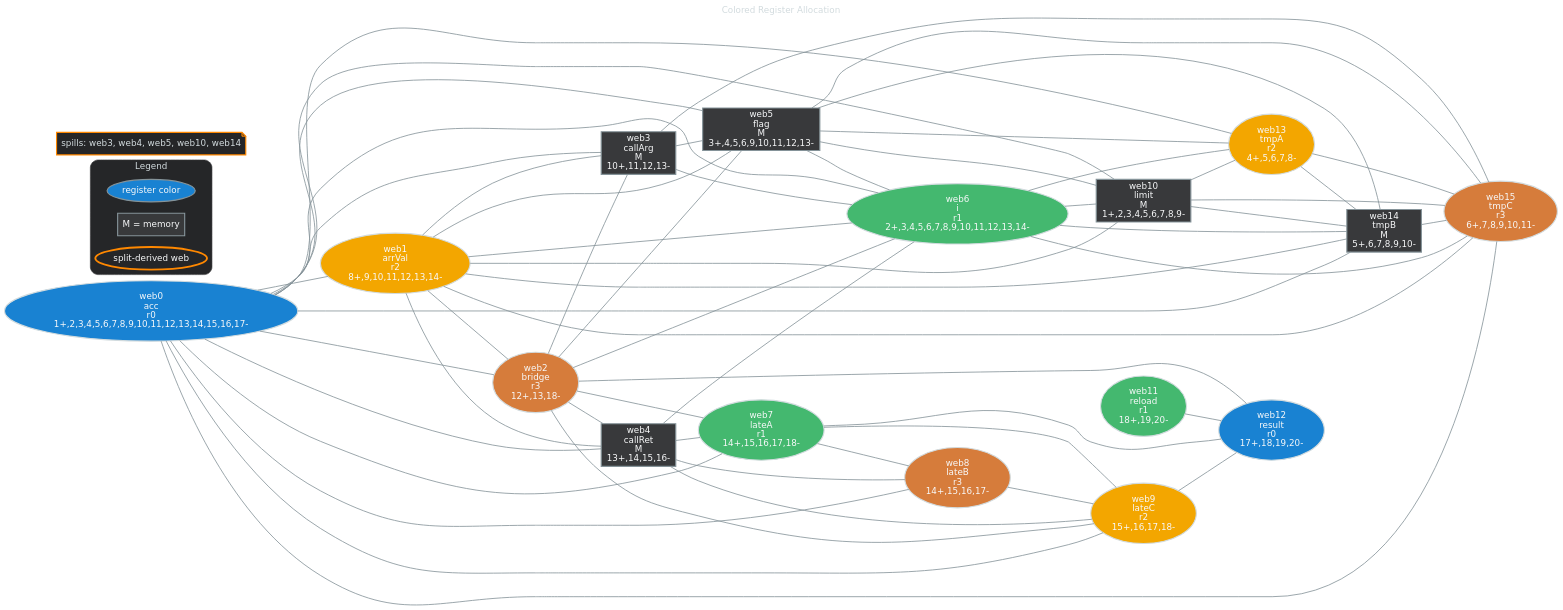
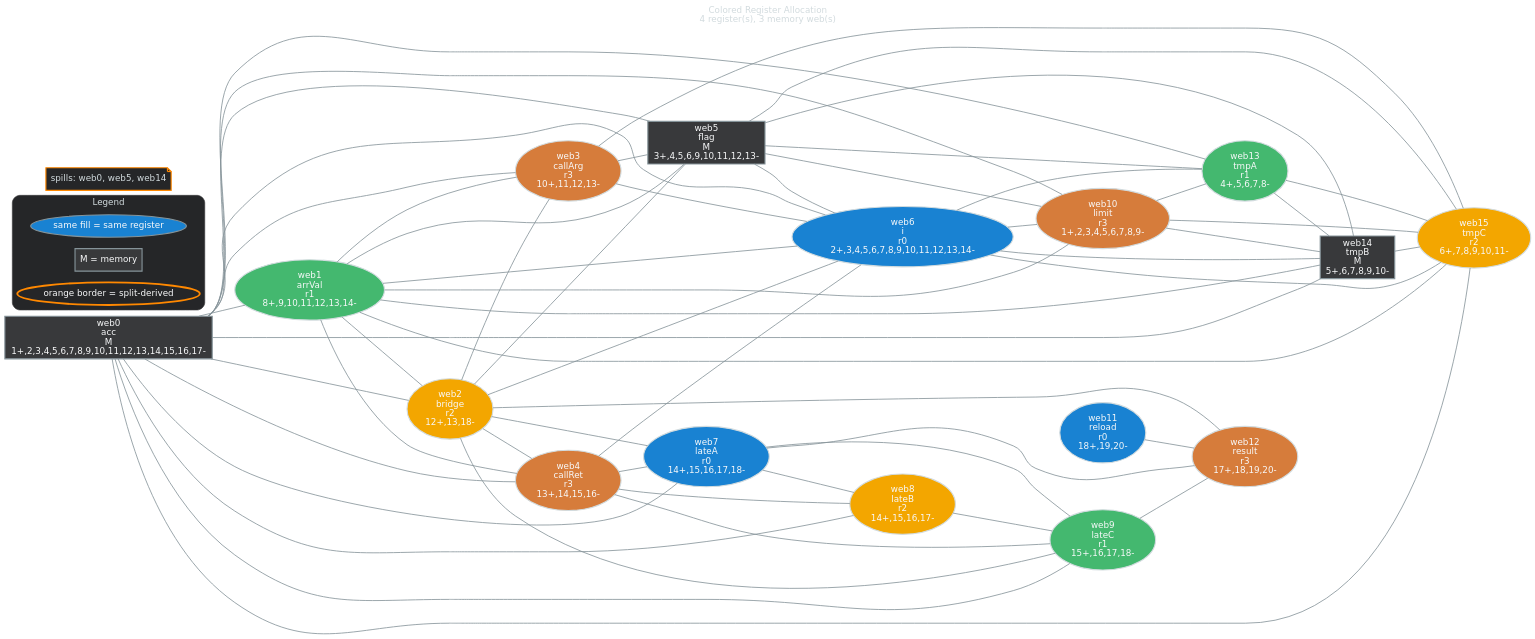
One commit to AlexDTT/CompilerRegisterAllocationProject changed the diagram in presentation_assets/advanced_free.dot. Above: the diagram before and after it, drawn with Graphviz. The commit also changed 88 other files, not shown here.

```diff
--- a/presentation_assets/advanced_free.dot
+++ b/presentation_assets/advanced_free.dot
@@ -1,91 +1,91 @@
 graph allocation {
-    graph [bgcolor="transparent", color="#38393b", rankdir=LR, fontname="DejaVu Sans", fontcolor="#d2dbde", labelloc=t, label="Colored Register Allocation"];
+    graph [bgcolor="transparent", color="#38393b", rankdir=LR, fontname="DejaVu Sans", fontcolor="#d2dbde", labelloc=t, label="Colored Register Allocation\n4 register(s), 3 memory web(s)"];
     node [shape=ellipse, style="filled,bold", fontname="DejaVu Sans", fontcolor="#f8f9fa", color="#859399", penwidth=1.8];
     edge [color="#859399", fontcolor="#d2dbde", penwidth=1.3];
 
-    web0 [label="web0\nacc\nr0\n1+,2,3,4,5,6,7,8,9,10,11,12,13,14,15,16,17-", fillcolor="#1982d2", color="#d2dbde", shape=ellipse, penwidth=1.8];
-    web1 [label="web1\narrVal\nr2\n8+,9,10,11,12,13,14-", fillcolor="#f3a600", color="#d2dbde", shape=ellipse, penwidth=1.8];
-    web2 [label="web2\nbridge\nr3\n12+,13,18-", fillcolor="#d67c3b", color="#d2dbde", shape=ellipse, penwidth=1.8];
-    web3 [label="web3\ncallArg\nM\n10+,11,12,13-", fillcolor="#38393b", color="#859399", shape=box, penwidth=1.8];
-    web4 [label="web4\ncallRet\nM\n13+,14,15,16-", fillcolor="#38393b", color="#859399", shape=box, penwidth=1.8];
+    web0 [label="web0\nacc\nM\n1+,2,3,4,5,6,7,8,9,10,11,12,13,14,15,16,17-", fillcolor="#38393b", color="#859399", shape=box, penwidth=1.8];
+    web1 [label="web1\narrVal\nr1\n8+,9,10,11,12,13,14-", fillcolor="#44b86f", color="#d2dbde", shape=ellipse, penwidth=1.8];
+    web2 [label="web2\nbridge\nr2\n12+,13,18-", fillcolor="#f3a600", color="#d2dbde", shape=ellipse, penwidth=1.8];
+    web3 [label="web3\ncallArg\nr3\n10+,11,12,13-", fillcolor="#d67c3b", color="#d2dbde", shape=ellipse, penwidth=1.8];
+    web4 [label="web4\ncallRet\nr3\n13+,14,15,16-", fillcolor="#d67c3b", color="#d2dbde", shape=ellipse, penwidth=1.8];
     web5 [label="web5\nflag\nM\n3+,4,5,6,9,10,11,12,13-", fillcolor="#38393b", color="#859399", shape=box, penwidth=1.8];
-    web6 [label="web6\ni\nr1\n2+,3,4,5,6,7,8,9,10,11,12,13,14-", fillcolor="#44b86f", color="#d2dbde", shape=ellipse, penwidth=1.8];
-    web7 [label="web7\nlateA\nr1\n14+,15,16,17,18-", fillcolor="#44b86f", color="#d2dbde", shape=ellipse, penwidth=1.8];
-    web8 [label="web8\nlateB\nr3\n14+,15,16,17-", fillcolor="#d67c3b", color="#d2dbde", shape=ellipse, penwidth=1.8];
-    web9 [label="web9\nlateC\nr2\n15+,16,17,18-", fillcolor="#f3a600", color="#d2dbde", shape=ellipse, penwidth=1.8];
-    web10 [label="web10\nlimit\nM\n1+,2,3,4,5,6,7,8,9-", fillcolor="#38393b", color="#859399", shape=box, penwidth=1.8];
-    web11 [label="web11\nreload\nr1\n18+,19,20-", fillcolor="#44b86f", color="#d2dbde", shape=ellipse, penwidth=1.8];
-    web12 [label="web12\nresult\nr0\n17+,18,19,20-", fillcolor="#1982d2", color="#d2dbde", shape=ellipse, penwidth=1.8];
-    web13 [label="web13\ntmpA\nr2\n4+,5,6,7,8-", fillcolor="#f3a600", color="#d2dbde", shape=ellipse, penwidth=1.8];
+    web6 [label="web6\ni\nr0\n2+,3,4,5,6,7,8,9,10,11,12,13,14-", fillcolor="#1982d2", color="#d2dbde", shape=ellipse, penwidth=1.8];
+    web7 [label="web7\nlateA\nr0\n14+,15,16,17,18-", fillcolor="#1982d2", color="#d2dbde", shape=ellipse, penwidth=1.8];
+    web8 [label="web8\nlateB\nr2\n14+,15,16,17-", fillcolor="#f3a600", color="#d2dbde", shape=ellipse, penwidth=1.8];
+    web9 [label="web9\nlateC\nr1\n15+,16,17,18-", fillcolor="#44b86f", color="#d2dbde", shape=ellipse, penwidth=1.8];
+    web10 [label="web10\nlimit\nr3\n1+,2,3,4,5,6,7,8,9-", fillcolor="#d67c3b", color="#d2dbde", shape=ellipse, penwidth=1.8];
+    web11 [label="web11\nreload\nr0\n18+,19,20-", fillcolor="#1982d2", color="#d2dbde", shape=ellipse, penwidth=1.8];
+    web12 [label="web12\nresult\nr3\n17+,18,19,20-", fillcolor="#d67c3b", color="#d2dbde", shape=ellipse, penwidth=1.8];
+    web13 [label="web13\ntmpA\nr1\n4+,5,6,7,8-", fillcolor="#44b86f", color="#d2dbde", shape=ellipse, penwidth=1.8];
     web14 [label="web14\ntmpB\nM\n5+,6,7,8,9,10-", fillcolor="#38393b", color="#859399", shape=box, penwidth=1.8];
-    web15 [label="web15\ntmpC\nr3\n6+,7,8,9,10,11-", fillcolor="#d67c3b", color="#d2dbde", shape=ellipse, penwidth=1.8];
+    web15 [label="web15\ntmpC\nr2\n6+,7,8,9,10,11-", fillcolor="#f3a600", color="#d2dbde", shape=ellipse, penwidth=1.8];
     web0 -- web1;
     web0 -- web2;
     web0 -- web3;
     web0 -- web4;
     web0 -- web5;
     web0 -- web6;
     web0 -- web7;
     web0 -- web8;
     web0 -- web9;
     web0 -- web10;
     web0 -- web13;
     web0 -- web14;
     web0 -- web15;
     web1 -- web2;
     web1 -- web3;
     web1 -- web4;
     web1 -- web5;
     web1 -- web6;
     web1 -- web10;
     web1 -- web14;
     web1 -- web15;
     web2 -- web3;
     web2 -- web4;
     web2 -- web5;
     web2 -- web6;
     web2 -- web7;
     web2 -- web9;
     web2 -- web12;
     web3 -- web5;
     web3 -- web6;
     web3 -- web15;
     web4 -- web6;
     web4 -- web7;
     web4 -- web8;
     web4 -- web9;
     web5 -- web6;
     web5 -- web10;
     web5 -- web13;
     web5 -- web14;
     web5 -- web15;
     web6 -- web10;
     web6 -- web13;
     web6 -- web14;
     web6 -- web15;
     web7 -- web8;
     web7 -- web9;
     web7 -- web12;
     web8 -- web9;
     web9 -- web12;
     web10 -- web13;
     web10 -- web14;
     web10 -- web15;
     web11 -- web12;
     web13 -- web14;
     web13 -- web15;
     web14 -- web15;
 
     subgraph cluster_legend {
         label="Legend";
         fontcolor="#d2dbde";
         color="#38393b";
         style="rounded,filled";
         fillcolor="#252628";
-        key_reg [label="register color", fillcolor="#1982d2", shape=ellipse];
+        key_reg [label="same fill = same register", fillcolor="#1982d2", shape=ellipse];
         key_mem [label="M = memory", fillcolor="#38393b", shape=box, color="#859399"];
-        key_split [label="split-derived web", fillcolor="#252628", color="#ff8800", penwidth=3.0];
+        key_split [label="orange border = split-derived", fillcolor="#252628", color="#ff8800", penwidth=3.0];
     }
 
-    note [shape=note, fillcolor="#252628", color="#ff8800", fontcolor="#d2dbde", label="spills: web3, web4, web5, web10, web14"];
+    note [shape=note, fillcolor="#252628", color="#ff8800", fontcolor="#d2dbde", label="spills: web0, web5, web14"];
 }
```
